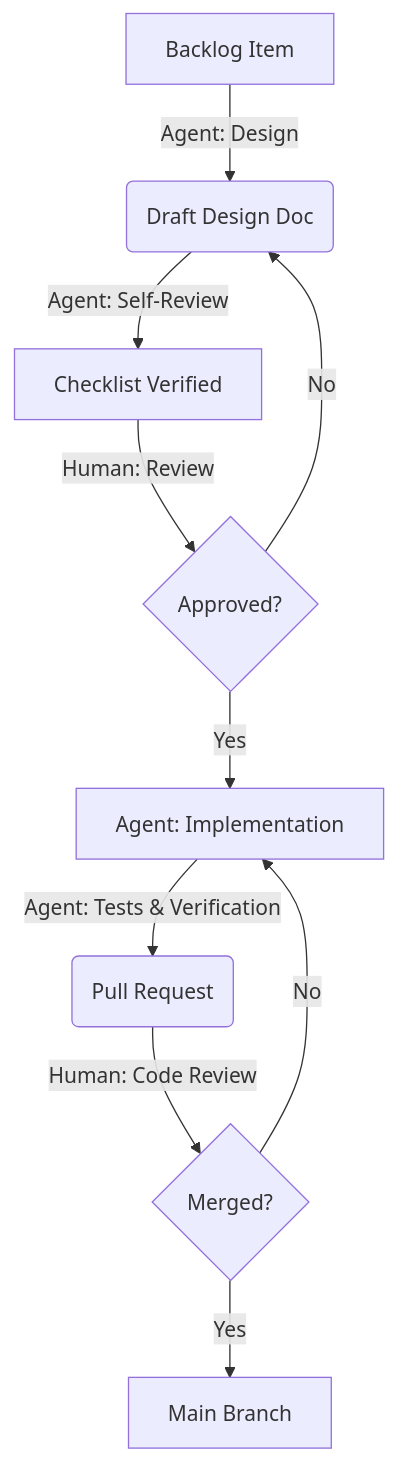
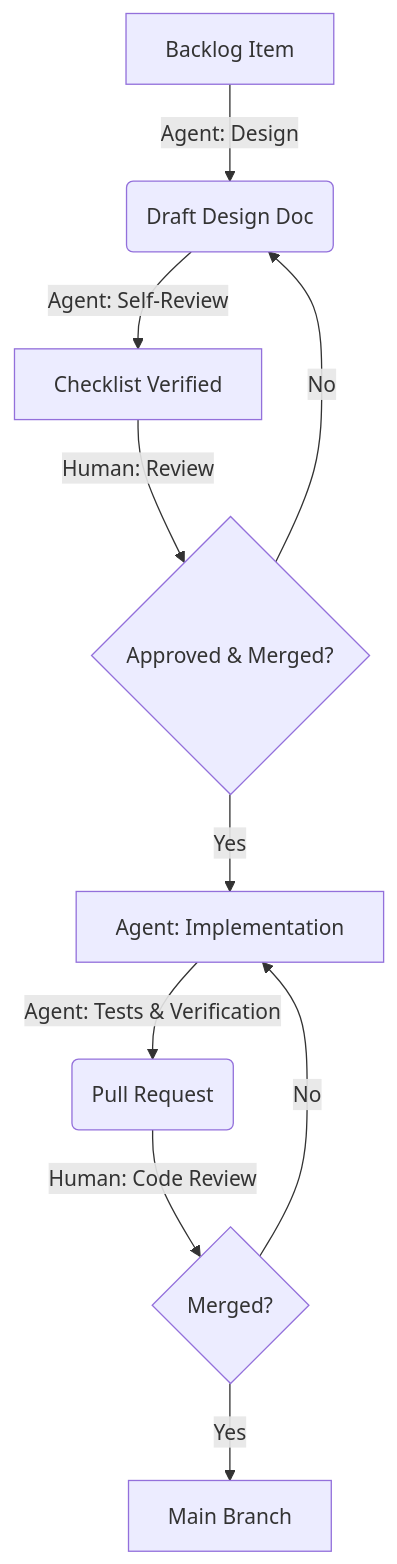
The diagram in docs/GITHUB_STRATEGY.md (shaunhickson/youtube-url-replacer), drawn with Mermaid before and after one commit. The commit also changed other lines of this file, not shown here.

````diff
--- a/docs/GITHUB_STRATEGY.md
+++ b/docs/GITHUB_STRATEGY.md
@@ -16,12 +20,12 @@
 ```mermaid
 graph TD
     A[Backlog Item] -->|Agent: Design| B(Draft Design Doc)
     B -->|Agent: Self-Review| B2[Checklist Verified]
-    B2 -->|Human: Review| C{Approved?}
+    B2 -->|Human: Review| C{Approved & Merged?}
     C -->|No| B
     C -->|Yes| D[Agent: Implementation]
     D -->|Agent: Tests & Verification| E(Pull Request)
     E -->|Human: Code Review| F{Merged?}
     F -->|No| D
     F -->|Yes| G[Main Branch]
 ```
````
